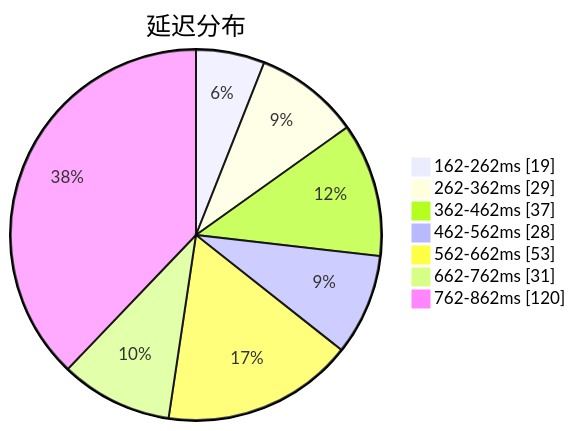
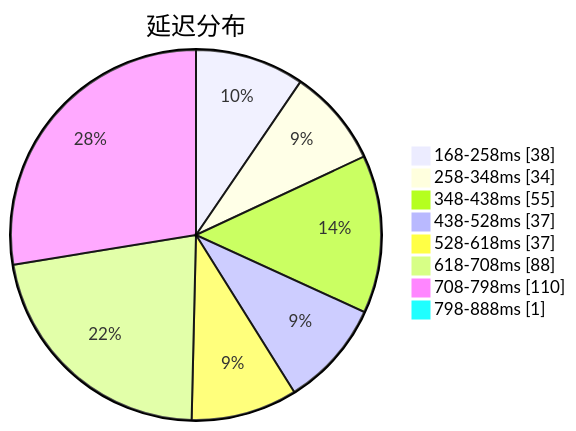
The first of 3 diagrams in subs/statistics/tested_within.md (qjlxg/airport), drawn with Mermaid before and after one commit. The commit also changed other lines of this file and 2 other files, not shown here.

````diff
--- a/subs/statistics/tested_within.md
+++ b/subs/statistics/tested_within.md
@@ -2,11 +2,12 @@
 ```mermaid
 pie showData
 title 延迟分布
-"162-262ms" : 19
-"262-362ms" : 29
-"362-462ms" : 37
-"462-562ms" : 28
-"562-662ms" : 53
-"662-762ms" : 31
-"762-862ms" : 120
+"168-258ms" : 38
+"258-348ms" : 34
+"348-438ms" : 55
+"438-528ms" : 37
+"528-618ms" : 37
+"618-708ms" : 88
+"708-798ms" : 110
+"798-888ms" : 1
 ```
````
